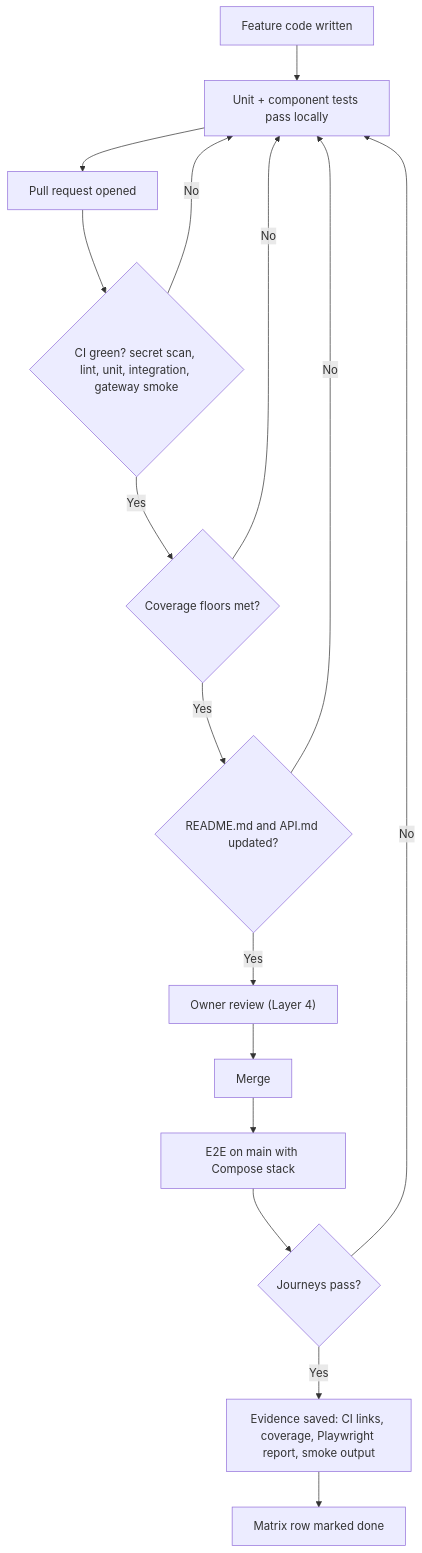
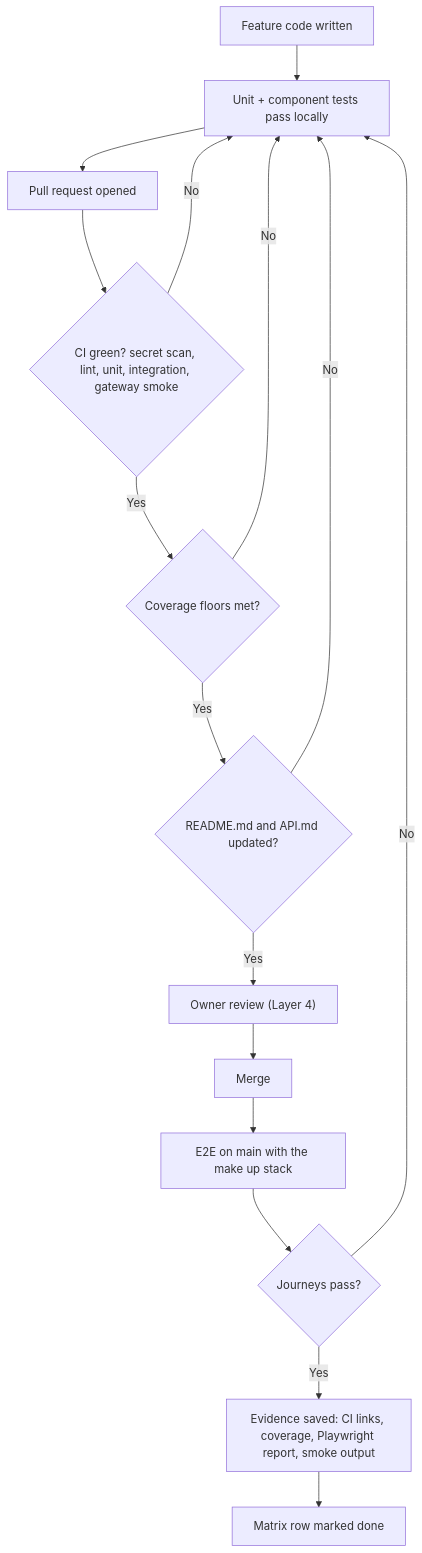
One commit to phantomTroupeEAD/SwiftDrop changed the seventh of 8 diagrams in docs/drafts/member-07-dispatcher-admin-web-gateway/doc-06-testing-strategy-and-acceptance.md. Above: the diagram before and after it, drawn with Mermaid. The commit also changed other lines of this file and 125 other files, not shown here.

````diff
--- a/docs/drafts/member-07-dispatcher-admin-web-gateway/doc-06-testing-strategy-and-acceptance.md
+++ b/docs/drafts/member-07-dispatcher-admin-web-gateway/doc-06-testing-strategy-and-acceptance.md
@@ -521,18 +530,18 @@
 ```mermaid
 flowchart TD
     A["Feature code written"] --> B["Unit + component tests pass locally"]
     B --> C["Pull request opened"]
     C --> D{"CI green? secret scan, lint, unit, integration, gateway smoke"}
     D -- "No" --> B
     D -- "Yes" --> E{"Coverage floors met?"}
     E -- "No" --> B
     E -- "Yes" --> F{"README.md and API.md updated?"}
     F -- "No" --> B
     F -- "Yes" --> G["Owner review (Layer 4)"]
     G --> H["Merge"]
-    H --> I["E2E on main with Compose stack"]
+    H --> I["E2E on main with the make up stack"]
     I --> J{"Journeys pass?"}
     J -- "No" --> B
     J -- "Yes" --> K["Evidence saved: CI links, coverage, Playwright report, smoke output"]
     K --> L["Matrix row marked done"]
 ```
````
